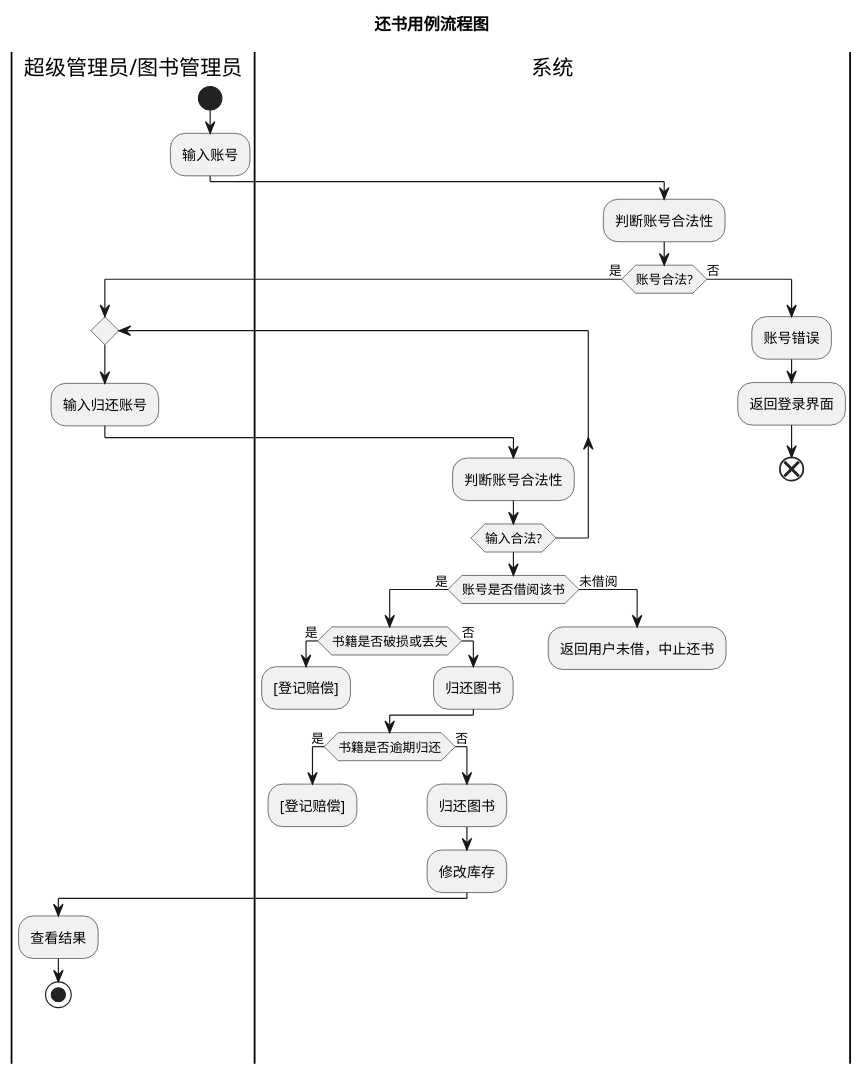
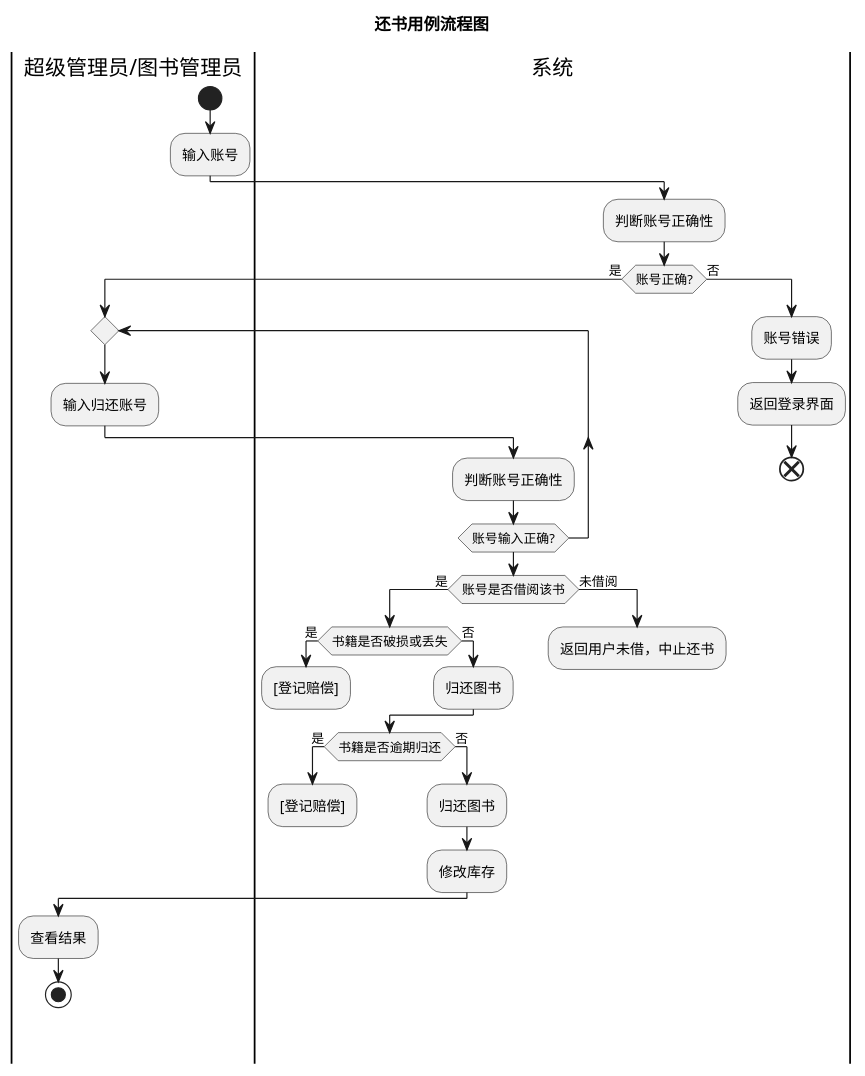
The diagram in test2/usecase5.md (Landy7/is_analysis), drawn with PlantUML before and after one commit. The commit also changed 30 other files, not shown here.

```diff
--- a/test2/usecase5.md
+++ b/test2/usecase5.md
@@ -1,44 +1,44 @@
 @startuml
 title:还书用例流程图
 |超级管理员/图书管理员|
 start
 :输入账号;
 	|系统|
-    :判断账号合法性;
-if(账号合法?) then (是)
+    :判断账号正确性;
+if(账号正确?) then (是)
 |超级管理员/图书管理员|
 repeat
 	:输入归还账号;
 	|系统|
-	:判断账号合法性;
-repeat while (输入合法?)
+	:判断账号正确性;
+repeat while (账号输入正确?)
     |系统|
     if (账号是否借阅该书) then (是)
 	    if(书籍是否破损或丢失) then (是)
 	      :[登记赔偿];
 		  detach
 		  else(否)
 		  :归还图书;
         endif
 	        if(书籍是否逾期归还) then (是)
 	          :[登记赔偿];
 			  detach
 	          else(否)
 	          :归还图书;
 			  :修改库存;
               |超级管理员/图书管理员|
               :查看结果;
               stop
 		    endif
     else (未借阅)
 	 |系统|
      :返回用户未借，中止还书;
 	 detach
      endif
 else(否)
 |系统|
 :账号错误;
 :返回登录界面;
 end
 endif
 @enduml
```
